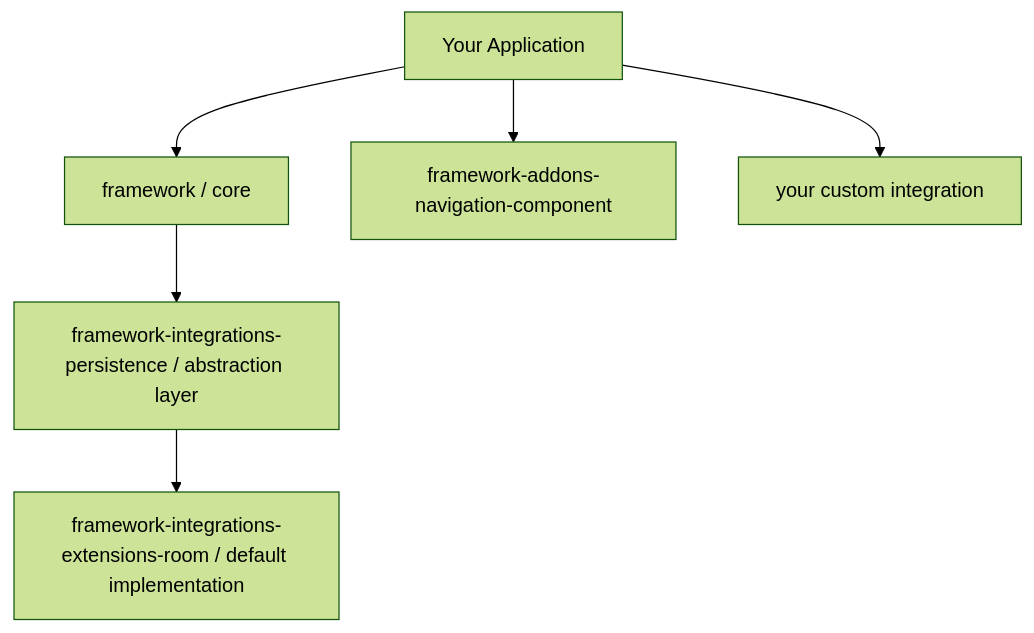
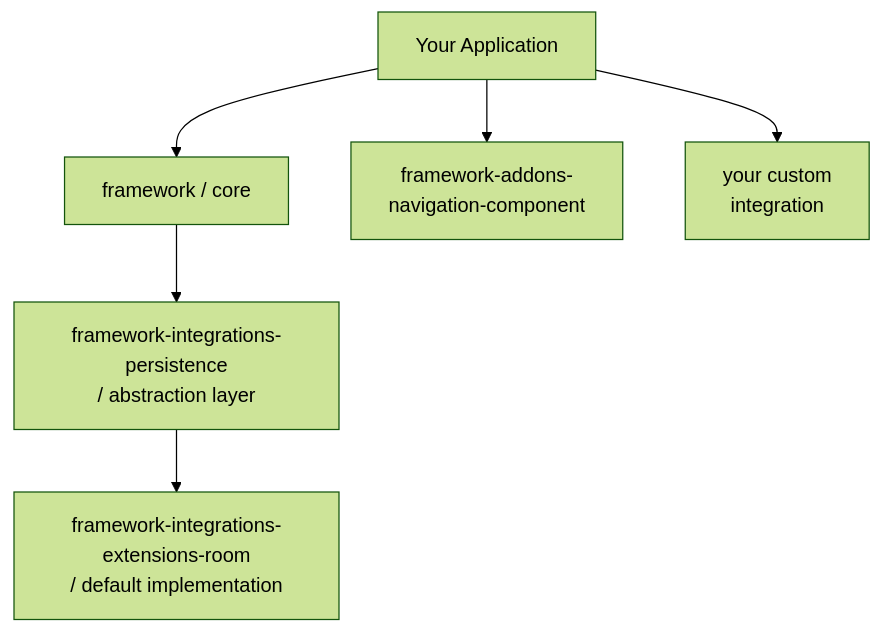
The diagram in index.md (grarcht/Shuttle), drawn with Mermaid (forest theme) before and after one commit. The commit also changed 1 other file, not shown here.

Commit message:
fix Mermaid node text clipping with CSS overflow and label line breaks

````diff
--- a/index.md
+++ b/index.md
@@ -387,9 +387,9 @@
 ```mermaid
 graph TD
-    A[Your Application]
-    A --> B[framework / core]
-    A --> C[framework-addons-navigation-component]
-    A --> D[your custom integration]
-    B --> E[framework-integrations-persistence / abstraction layer]
-    E --> F[framework-integrations-extensions-room / default implementation]
+    A["Your Application"]
+    A --> B["framework / core"]
+    A --> C["framework-addons-<br/>navigation-component"]
+    A --> D["your custom<br/>integration"]
+    B --> E["framework-integrations-persistence<br/>/ abstraction layer"]
+    E --> F["framework-integrations-extensions-room<br/>/ default implementation"]
 ```
````
